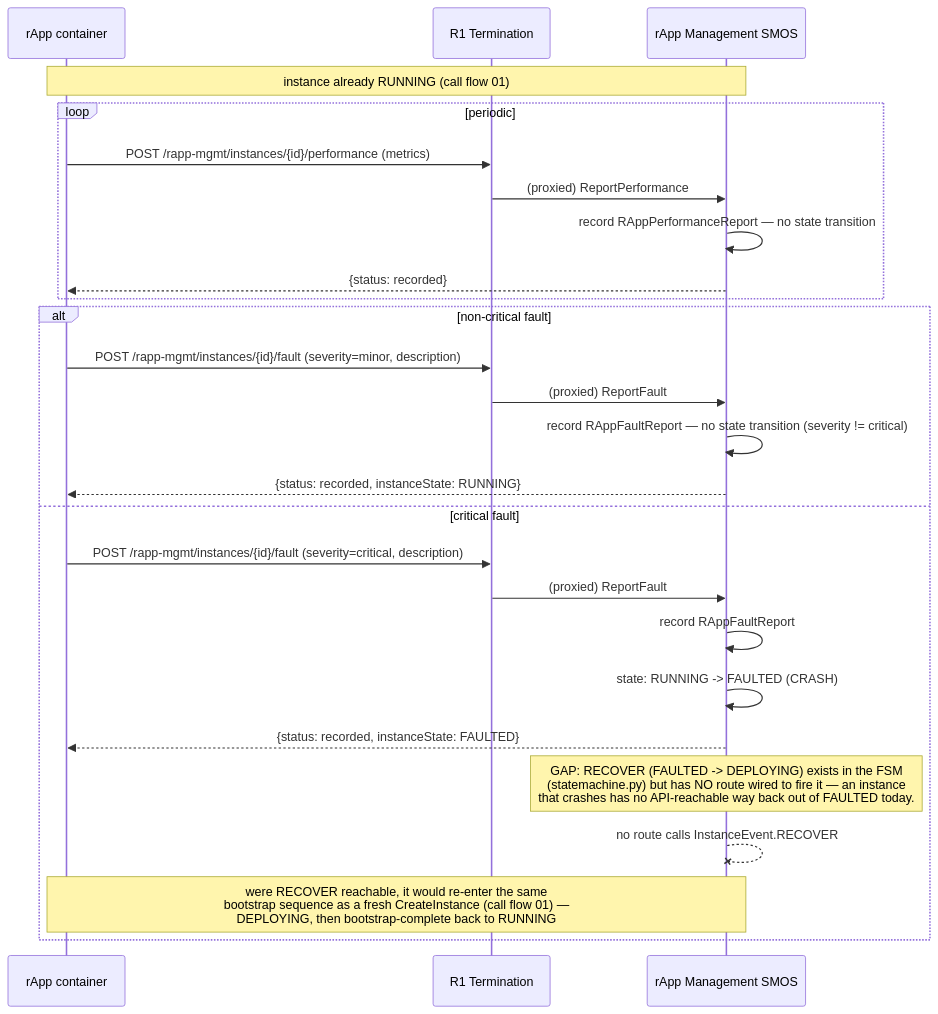
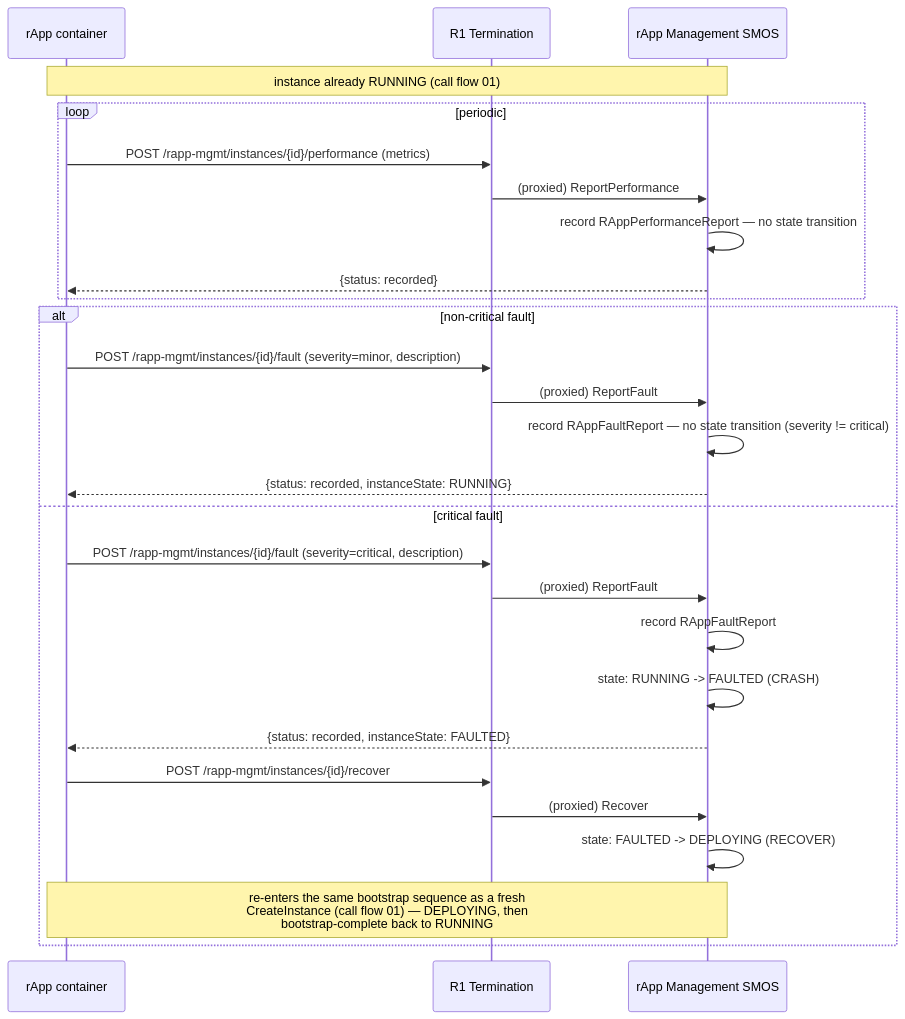
One commit to rsys-bshankar/ai-ran-ref changed the diagram in smo/docs/call-flows/07-rapp-fault-and-performance-reporting.md. Above: the diagram before and after it, drawn with Mermaid. The commit also changed other lines of this file and 24 other files, not shown here.

First line of the commit message:
Docs cleanup: call flows describe the current behaviour

````diff
--- a/smo/docs/call-flows/07-rapp-fault-and-performance-reporting.md
+++ b/smo/docs/call-flows/07-rapp-fault-and-performance-reporting.md
@@ -8,32 +9,33 @@
 ```mermaid
 sequenceDiagram
     participant Container as rApp container
     participant R1 as R1 Termination
     participant Rapp as rApp Management SMOS
 
     Note over Container,Rapp: instance already RUNNING (call flow 01)
 
     loop periodic
         Container->>R1: POST /rapp-mgmt/instances/{id}/performance (metrics)
         R1->>Rapp: (proxied) ReportPerformance
         Rapp->>Rapp: record RAppPerformanceReport — no state transition
         Rapp-->>Container: {status: recorded}
     end
 
     alt non-critical fault
         Container->>R1: POST /rapp-mgmt/instances/{id}/fault (severity=minor, description)
         R1->>Rapp: (proxied) ReportFault
         Rapp->>Rapp: record RAppFaultReport — no state transition (severity != critical)
         Rapp-->>Container: {status: recorded, instanceState: RUNNING}
     else critical fault
         Container->>R1: POST /rapp-mgmt/instances/{id}/fault (severity=critical, description)
         R1->>Rapp: (proxied) ReportFault
         Rapp->>Rapp: record RAppFaultReport
         Rapp->>Rapp: state: RUNNING -> FAULTED (CRASH)
         Rapp-->>Container: {status: recorded, instanceState: FAULTED}
 
-        Note over Rapp: GAP: RECOVER (FAULTED -> DEPLOYING) exists in the FSM<br/>(statemachine.py) but has NO route wired to fire it — an instance<br/>that crashes has no API-reachable way back out of FAULTED today.
-        Rapp--xRapp: no route calls InstanceEvent.RECOVER
-        Note over Rapp,Container: were RECOVER reachable, it would re-enter the same<br/>bootstrap sequence as a fresh CreateInstance (call flow 01) —<br/>DEPLOYING, then bootstrap-complete back to RUNNING
+        Container->>R1: POST /rapp-mgmt/instances/{id}/recover
+        R1->>Rapp: (proxied) Recover
+        Rapp->>Rapp: state: FAULTED -> DEPLOYING (RECOVER)
+        Note over Rapp,Container: re-enters the same bootstrap sequence as a fresh<br/>CreateInstance (call flow 01) — DEPLOYING, then<br/>bootstrap-complete back to RUNNING
     end
 ```
````
